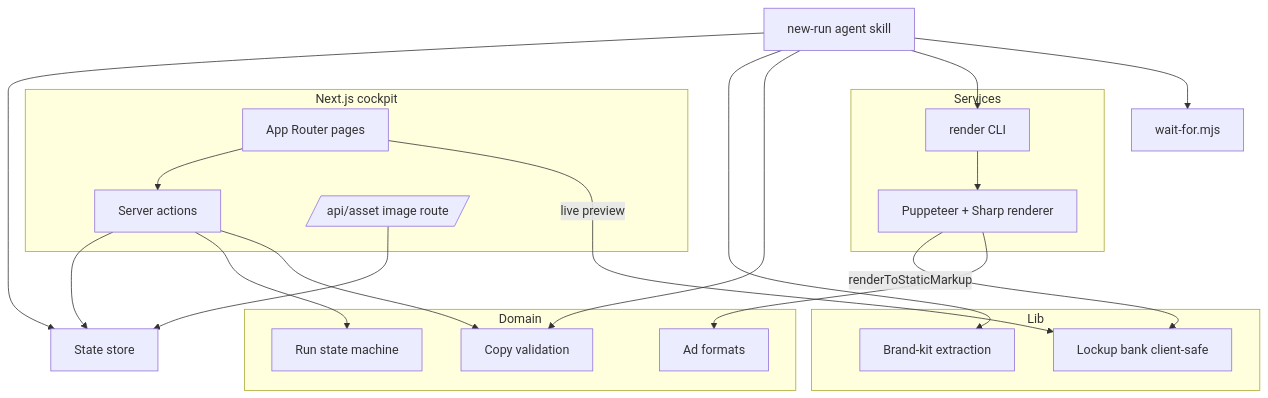
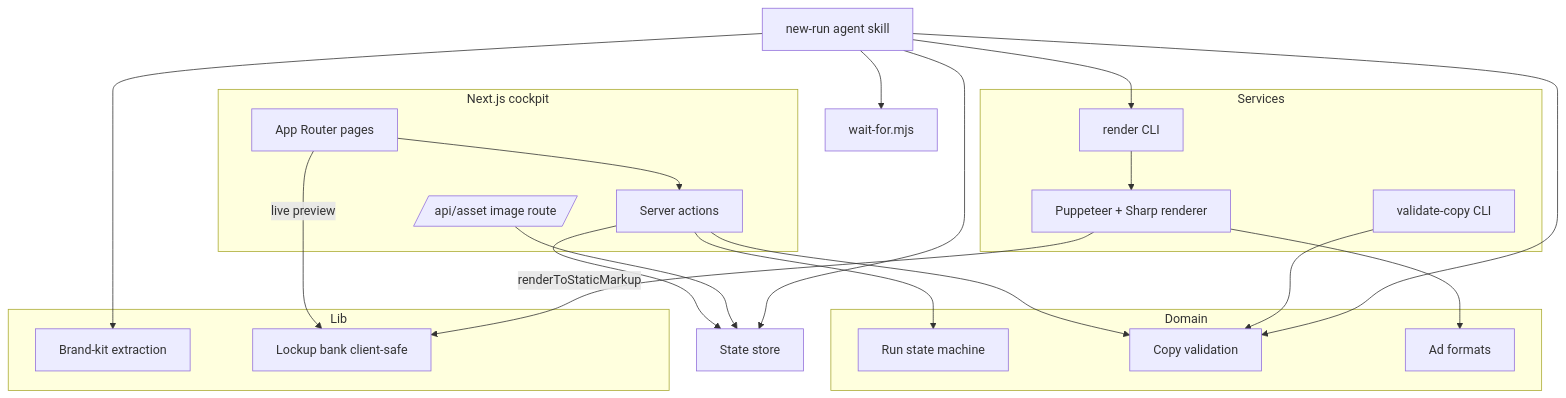
Before and after one commit to jfa94/asset-generator: the second of 2 diagrams in docs/architecture/overview.md, drawn with Mermaid. The commit also changed other lines of this file and 9 other files, not shown here.

First line of the commit message:
Validate campaign copy from the CLI (#5)

````diff
--- a/docs/architecture/overview.md
+++ b/docs/architecture/overview.md
@@ -59,39 +59,41 @@
 ```mermaid
 graph TD
     subgraph Cockpit[Next.js cockpit]
         Pages[App Router pages]
         Actions[Server actions]
         AssetAPI[/api/asset image route/]
     end
     Store[State store]
     subgraph DomainLayer[Domain]
         RunFsm[Run state machine]
         CopyVal[Copy validation]
         Formats[Ad formats]
     end
     subgraph LibLayer[Lib]
         BrandKit[Brand-kit extraction]
         Lockups[Lockup bank client-safe]
     end
     subgraph Services[Services]
         Render[Puppeteer + Sharp renderer]
         RenderCLI[render CLI]
+        CopyCLI[validate-copy CLI]
     end
     Skill[new-run agent skill]
     Wait[wait-for.mjs]
 
     Pages --> Actions
     Pages -->|live preview| Lockups
     Actions --> Store
     Actions --> RunFsm
     Actions --> CopyVal
     AssetAPI --> Store
     RenderCLI --> Render
+    CopyCLI --> CopyVal
     Render -->|renderToStaticMarkup| Lockups
     Render --> Formats
     Skill --> Store
     Skill --> BrandKit
     Skill --> CopyVal
     Skill --> RenderCLI
     Skill --> Wait
 ```
````
